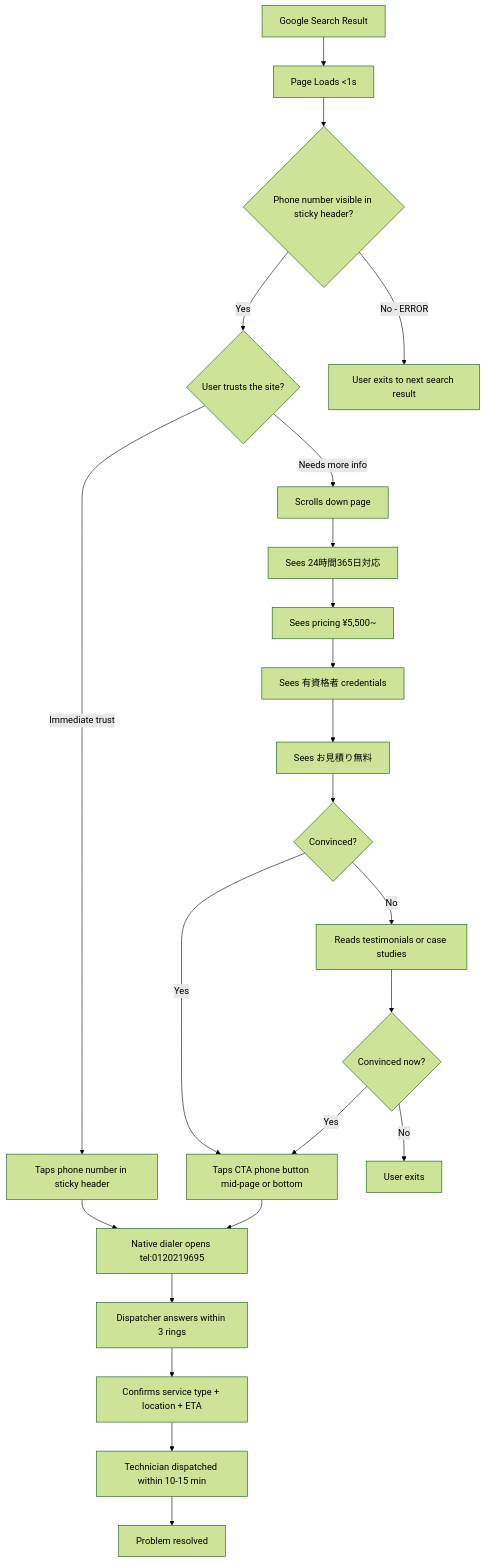
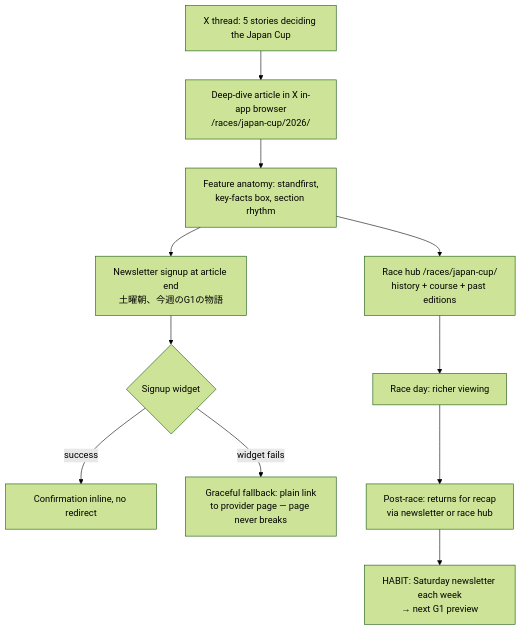
The third of 4 diagrams in _bmad-output/planning-artifacts/ux-design-specification.md (HaiLammm/star-light-project), drawn with Mermaid (forest theme) before and after one commit. The commit also changed other lines of this file and 866 other files, not shown here.

````diff
--- a/_bmad-output/planning-artifacts/ux-design-specification.md
+++ b/_bmad-output/planning-artifacts/ux-design-specification.md
@@ -762,25 +456,13 @@
 ```mermaid
 flowchart TD
-    A[Google Search Result] --> B[Page Loads <1s]
-    B --> C{Phone number visible in sticky header?}
-    C -->|Yes| D{User trusts the site?}
-    C -->|No - ERROR| X1[User exits to next search result]
-    D -->|Immediate trust| E[Taps phone number in sticky header]
-    D -->|Needs more info| F[Scrolls down page]
-    F --> G[Sees 24時間365日対応]
-    G --> H[Sees pricing ¥5,500~]
-    H --> I[Sees 有資格者 credentials]
-    I --> J[Sees お見積り無料]
-    J --> K{Convinced?}
-    K -->|Yes| L[Taps CTA phone button mid-page or bottom]
-    K -->|No| M[Reads testimonials or case studies]
-    M --> N{Convinced now?}
-    N -->|Yes| L
-    N -->|No| X2[User exits]
-    E --> O[Native dialer opens tel:0120219695]
-    L --> O
-    O --> P[Dispatcher answers within 3 rings]
-    P --> Q[Confirms service type + location + ETA]
-    Q --> R[Technician dispatched within 10-15 min]
-    R --> S[Problem resolved]
+    A[X thread: 5 stories deciding the Japan Cup] --> B[Deep-dive article in X in-app browser\n/races/japan-cup/2026/]
+    B --> B1[Feature anatomy: standfirst,\nkey-facts box, section rhythm]
+    B1 --> C[Race hub /races/japan-cup/\nhistory + course + past editions]
+    B1 --> D[Newsletter signup at article end\n土曜朝、今週のG1の物語]
+    D --> D1{Signup widget}
+    D1 -->|success| E[Confirmation inline, no redirect]
+    D1 -->|widget fails| E2[Graceful fallback: plain link\nto provider page — page never breaks]
+    C --> F[Race day: richer viewing]
+    F --> G[Post-race: returns for recap\nvia newsletter or race hub]
+    G --> H[HABIT: Saturday newsletter each week\n→ next G1 preview]
 ```
````
